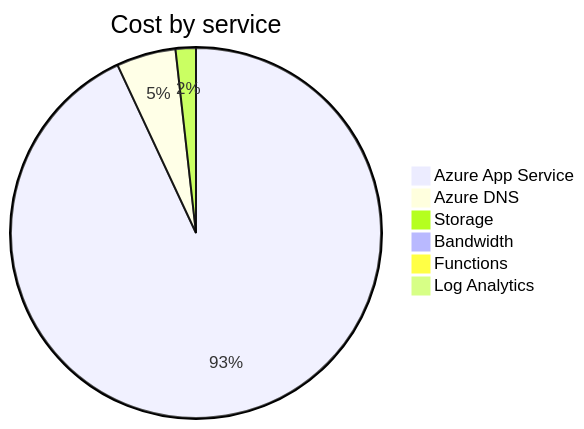
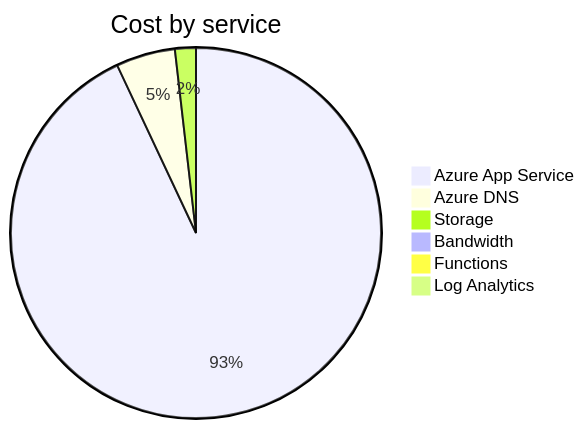
Before and after one commit to jpfulton/azure-personal-reports: the second of 4 diagrams in cost-reports/accumulated-cost.md, drawn with Mermaid. The commit also changed other lines of this file and 4 other files, not shown here.

````diff
--- a/cost-reports/accumulated-cost.md
+++ b/cost-reports/accumulated-cost.md
@@ -100,10 +100,10 @@
 ```mermaid
 pie
    title Cost by service
-   "Azure App Service" : 14.18
-   "Azure DNS" : 0.79
-   "Storage" : 0.27
+   "Azure App Service" : 14.77
+   "Azure DNS" : 0.82
+   "Storage" : 0.29
    "Bandwidth" : 0.00
    "Functions" : 0.00
    "Log Analytics" : 0.00
 ```
````
